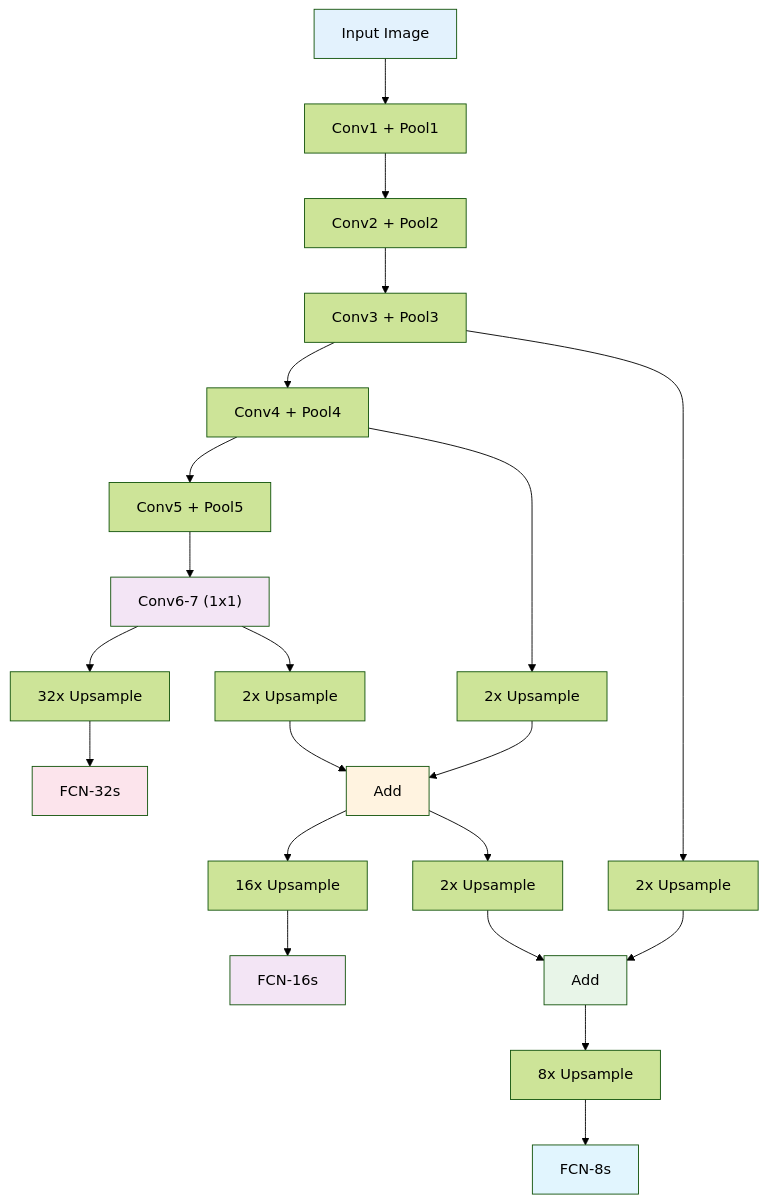
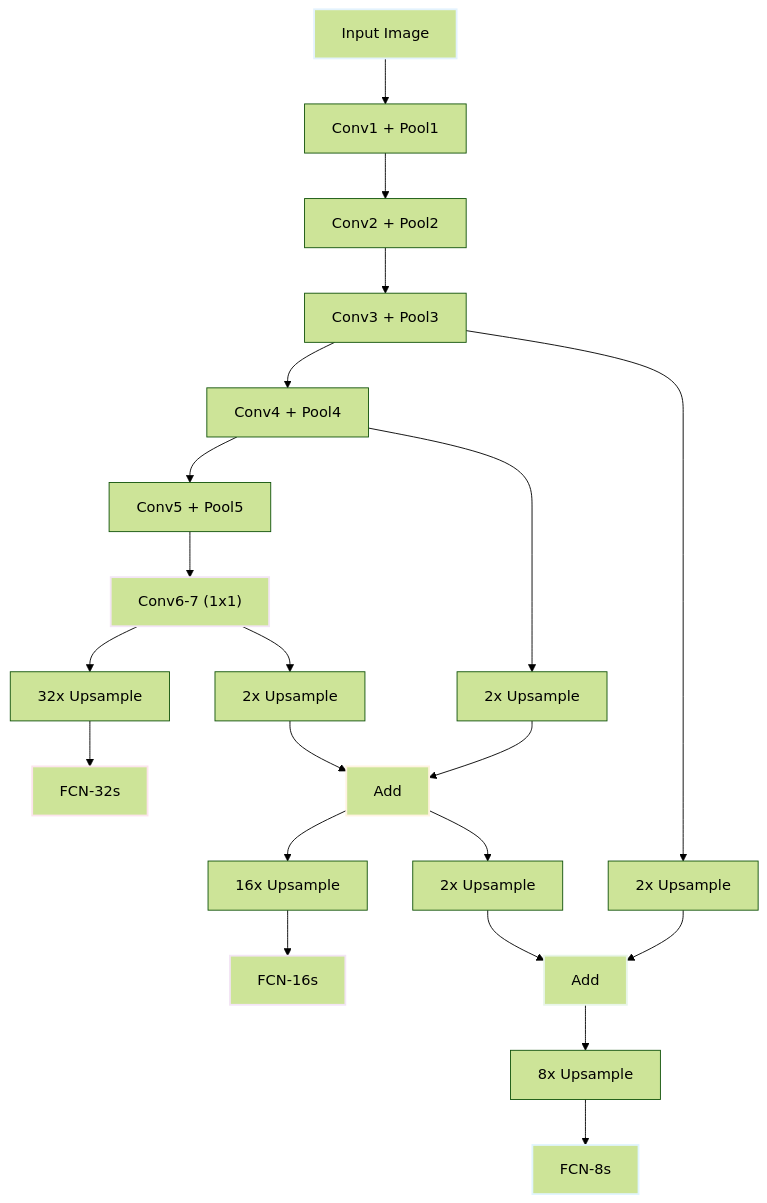
The diagram in 스터디/IS_07_classic_architectures.md (c0z0c/sprint_mission), drawn with Mermaid (forest theme) before and after one commit. The commit also changed 14 other files, not shown here.

````diff
--- a/스터디/IS_07_classic_architectures.md
+++ b/스터디/IS_07_classic_architectures.md
@@ -130,33 +130,33 @@
 ```mermaid
 graph TB
     A["Input Image"] --> B["Conv1 + Pool1"]
     B --> C["Conv2 + Pool2"] 
     C --> D["Conv3 + Pool3"]
     D --> E["Conv4 + Pool4"]
     E --> F["Conv5 + Pool5"]
     F --> G["Conv6-7 (1x1)"]
     
     G --> H["32x Upsample"]
     G --> I["2x Upsample"]
     E --> J["2x Upsample"] 
     I --> K["Add"]
     J --> K
     K --> L["16x Upsample"]
     K --> M["2x Upsample"]
     D --> N["2x Upsample"]
     M --> O["Add"]
     N --> O
     O --> P["8x Upsample"]
     
     H --> Q["FCN-32s"]
     L --> R["FCN-16s"] 
     P --> S["FCN-8s"]
     
-    style A fill:#e3f2fd
-    style G fill:#f3e5f5
-    style K fill:#fff3e0
-    style O fill:#e8f5e8
-    style Q fill:#fce4ec
-    style R fill:#f3e5f5
-    style S fill:#e1f5fe
+    style A stroke-width:2px,stroke:#e3f2fd
+    style G stroke-width:2px,stroke:#f3e5f5
+    style K stroke-width:2px,stroke:#fff3e0
+    style O stroke-width:2px,stroke:#e8f5e8
+    style Q stroke-width:2px,stroke:#fce4ec
+    style R stroke-width:2px,stroke:#f3e5f5
+    style S stroke-width:2px,stroke:#e1f5fe
 ```
````
